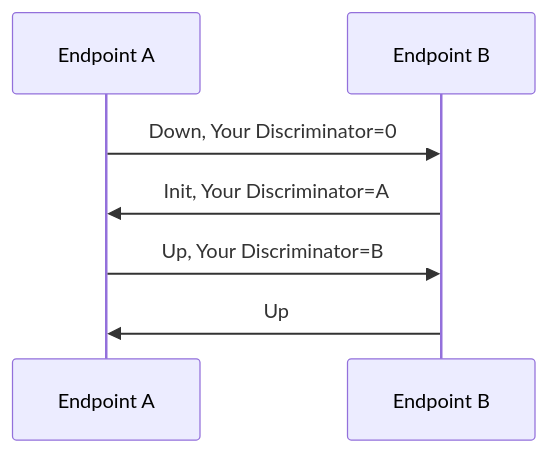
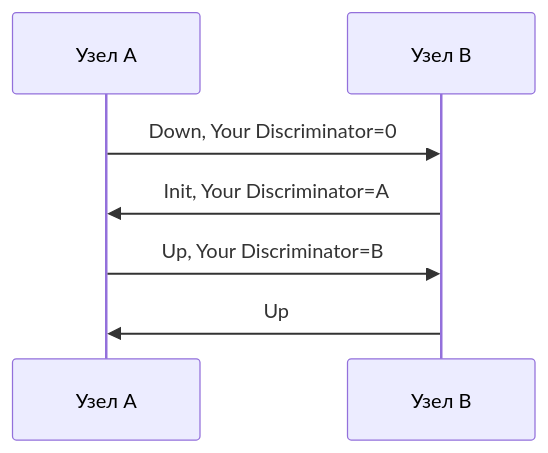
Before and after one commit to dantte-lp/gobfd: the third of 3 diagrams in docs/ru/01-architecture.md, drawn with Mermaid. The commit also changed other lines of this file and 52 other files, not shown here.

````diff
--- a/docs/ru/01-architecture.md
+++ b/docs/ru/01-architecture.md
@@ -110,9 +114,9 @@
 ```mermaid
 sequenceDiagram
-    participant A as Endpoint A
-    participant B as Endpoint B
+    participant A as Узел A
+    participant B as Узел B
     A->>B: Down, Your Discriminator=0
     B->>A: Init, Your Discriminator=A
     A->>B: Up, Your Discriminator=B
     B->>A: Up
 ```
````
